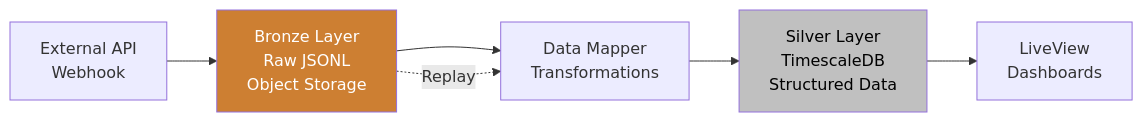
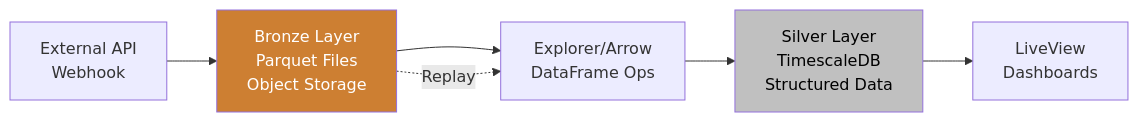
One commit to MarcusLittleDev/dash changed the first of 2 diagrams in docs/technical/03-database.md. Above: the diagram before and after it, drawn with Mermaid. The commit also changed other lines of this file and 5 other files, not shown here.

````diff
--- a/docs/technical/03-database.md
+++ b/docs/technical/03-database.md
@@ -27,11 +28,11 @@
 ```mermaid
 flowchart LR
-    Source[External API<br/>Webhook] --> Bronze[Bronze Layer<br/>Raw JSONL<br/>Object Storage]
-    Bronze --> Transform[Data Mapper<br/>Transformations]
+    Source[External API<br/>Webhook] --> Bronze[Bronze Layer<br/>Parquet Files<br/>Object Storage]
+    Bronze --> Transform[Explorer/Arrow<br/>DataFrame Ops]
     Transform --> Silver[Silver Layer<br/>TimescaleDB<br/>Structured Data]
     Silver --> Dashboard[LiveView<br/>Dashboards]
     Bronze -.Replay.-> Transform
 
     style Bronze fill:#cd7f32,color:#fff
     style Silver fill:#c0c0c0,color:#000
 ```
````
